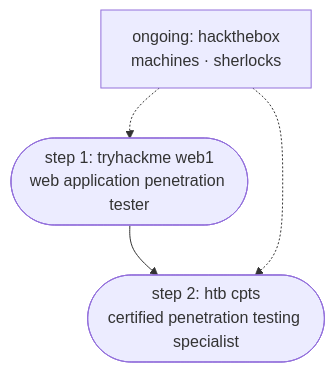
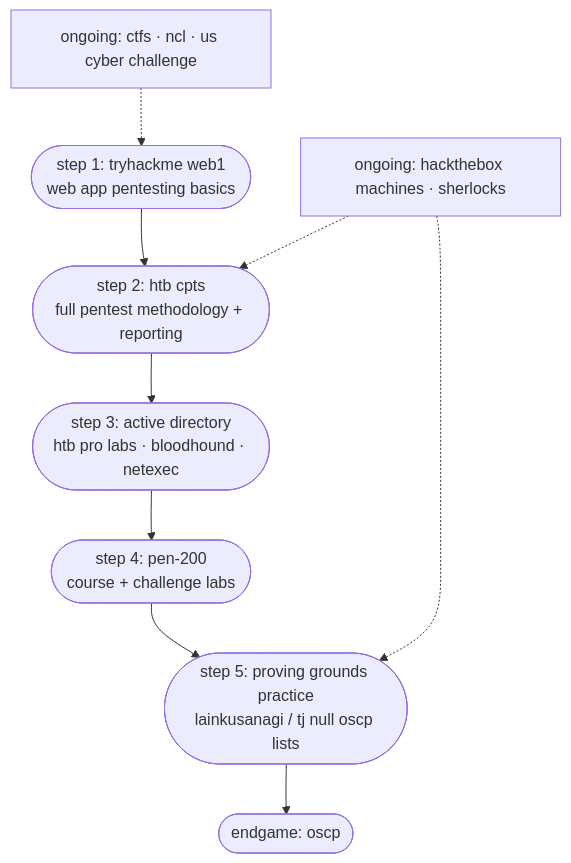
The diagram in README.md (lui-gi/lui-gi), drawn with Mermaid before and after one commit. The commit also changed other lines of this file, not shown here.

````diff
--- a/README.md
+++ b/README.md
@@ -15,10 +33,17 @@
 ```mermaid
 flowchart TD
-    A([step 1: tryhackme web1\nweb application penetration tester])
-    B[ongoing: hackthebox\nmachines · sherlocks]
-    C([step 2: htb cpts\ncertified penetration testing specialist])
+    A([step 1: tryhackme web1\nweb app pentesting basics])
+    B([step 2: htb cpts\nfull pentest methodology + reporting])
+    C([step 3: active directory\nhtb pro labs · bloodhound · netexec])
+    D([step 4: pen-200\ncourse + challenge labs])
+    E([step 5: proving grounds practice\nlainkusanagi / tj null oscp lists])
+    F([endgame: oscp])
 
-    A --> C
-    B -.-> A
-    B -.-> C
+    G[ongoing: hackthebox machines · sherlocks]
+    H[ongoing: ctfs · ncl · us cyber challenge]
+
+    A --> B --> C --> D --> E --> F
+    G -.-> B
+    G -.-> E
+    H -.-> A
 ```
````
